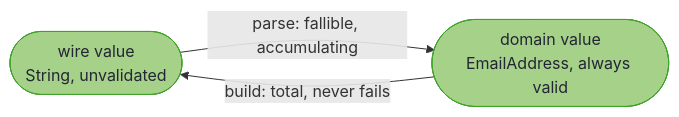
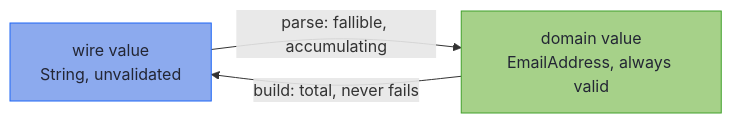
One commit to higher-kinded-j/higher-kinded-j changed the first of 2 diagrams in hkj-book/src/optics/validated_prism.md. Above: the diagram before and after it, drawn with Mermaid. The commit also changed other lines of this file and 24 other files, not shown here.

````diff
--- a/hkj-book/src/optics/validated_prism.md
+++ b/hkj-book/src/optics/validated_prism.md
@@ -21,10 +21,14 @@
 ```mermaid
 flowchart LR
-    W(["wire value<br/>String, unvalidated"])
-    D(["domain value<br/>EmailAddress, always valid"])
+    accTitle: Parse one way, build the other
+    accDescr: Parse takes an unvalidated String wire value to an always-valid EmailAddress, and can fail, collecting every reason. Build takes the EmailAddress back to the String and never fails.
+    W["wire value<br/>String, unvalidated"]
+    D["domain value<br/>EmailAddress, always valid"]
     W -->|"parse: fallible, accumulating"| D
     D -->|"build: total, never fails"| W
 
+    classDef wire fill:#8caaee,stroke:#1e66f5,color:#232634
     classDef tier fill:#a6d189,stroke:#40a02b,color:#232634
-    class W,D tier
+    class W wire
+    class D tier
 ```
````
